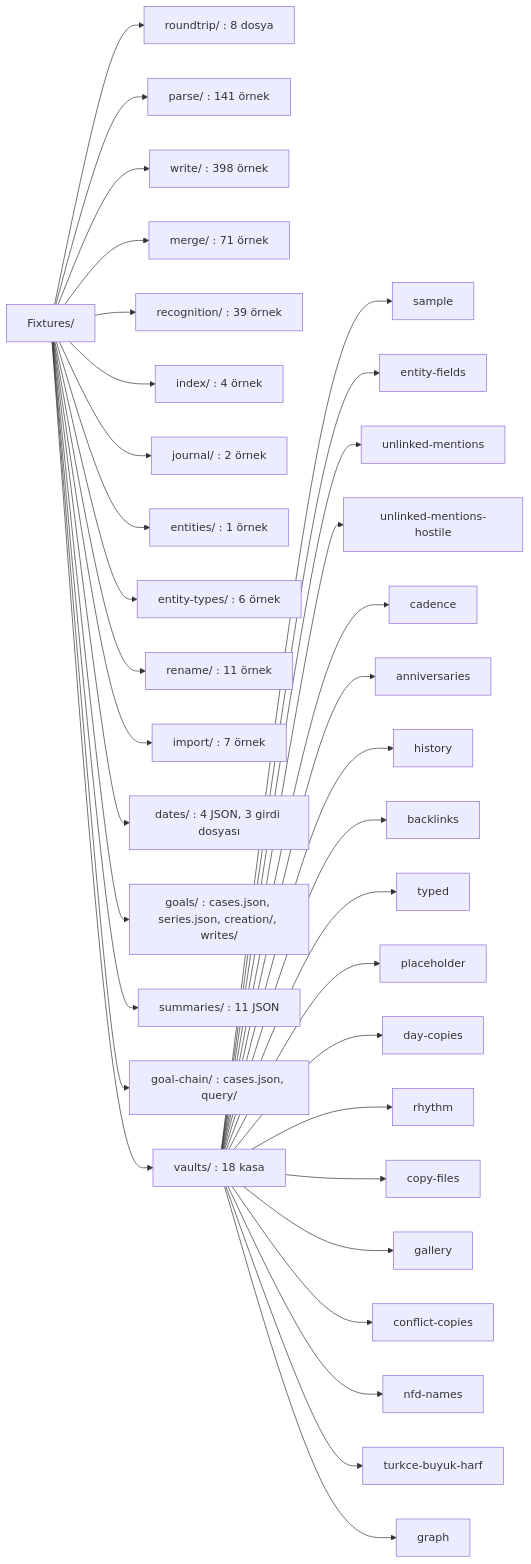
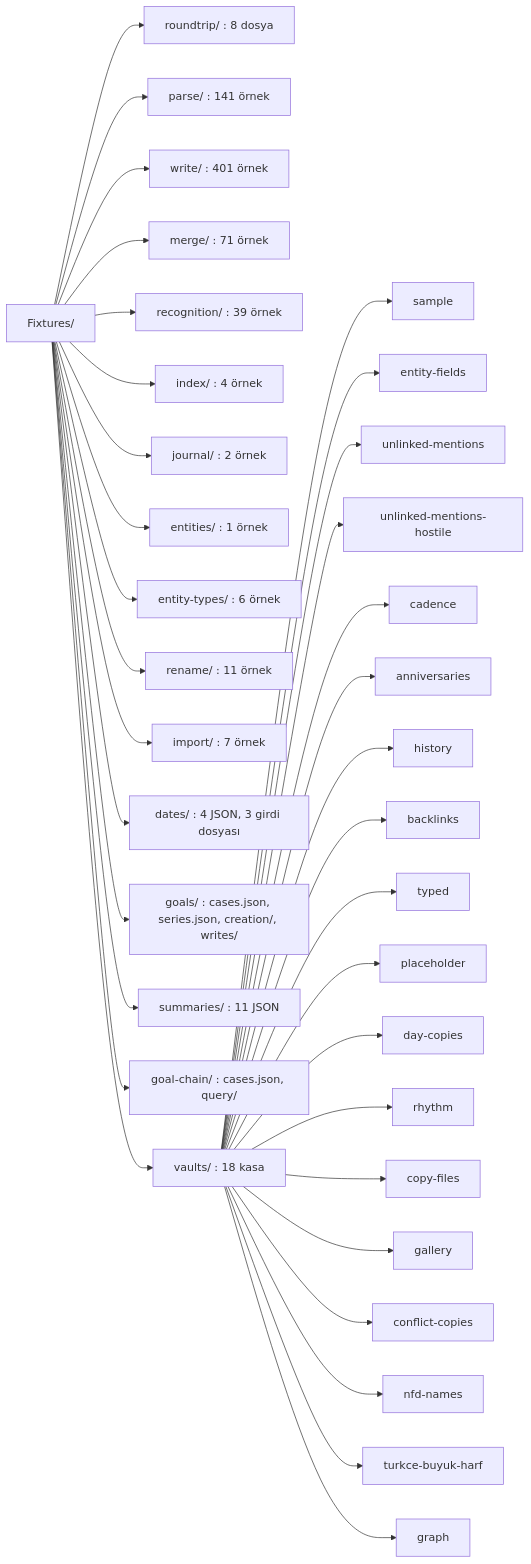
Before and after one commit to dogancanyildiz/kenet: the first of 11 diagrams in docs/fixtures.md, drawn with Mermaid. The commit also changed 27 other files, not shown here.

````diff
--- a/docs/fixtures.md
+++ b/docs/fixtures.md
@@ -15,38 +15,38 @@
 ```mermaid
 flowchart LR
   F["Fixtures/"]
   F --> RT["roundtrip/ : 8 dosya"]
   F --> PA["parse/ : 141 örnek"]
-  F --> WR["write/ : 398 örnek"]
+  F --> WR["write/ : 401 örnek"]
   F --> ME["merge/ : 71 örnek"]
   F --> RE["recognition/ : 39 örnek"]
   F --> IX["index/ : 4 örnek"]
   F --> JO["journal/ : 2 örnek"]
   F --> EN["entities/ : 1 örnek"]
   F --> ET["entity-types/ : 6 örnek"]
   F --> RN["rename/ : 11 örnek"]
   F --> IM["import/ : 7 örnek"]
   F --> DA["dates/ : 4 JSON, 3 girdi dosyası"]
   F --> GO["goals/ : cases.json, series.json, creation/, writes/"]
   F --> SU["summaries/ : 11 JSON"]
   F --> GC["goal-chain/ : cases.json, query/"]
   F --> VA["vaults/ : 18 kasa"]
   VA --> V1["sample"]
   VA --> V2["entity-fields"]
   VA --> V3["unlinked-mentions"]
   VA --> V4["unlinked-mentions-hostile"]
   VA --> V5["cadence"]
   VA --> V6["anniversaries"]
   VA --> V7["history"]
   VA --> V8["backlinks"]
   VA --> V9["typed"]
   VA --> V10["placeholder"]
   VA --> V11["day-copies"]
   VA --> V12["rhythm"]
   VA --> V13["copy-files"]
   VA --> V14["gallery"]
   VA --> V15["conflict-copies"]
   VA --> V16["nfd-names"]
   VA --> V17["turkce-buyuk-harf"]
   VA --> V18["graph"]
 ```
````
